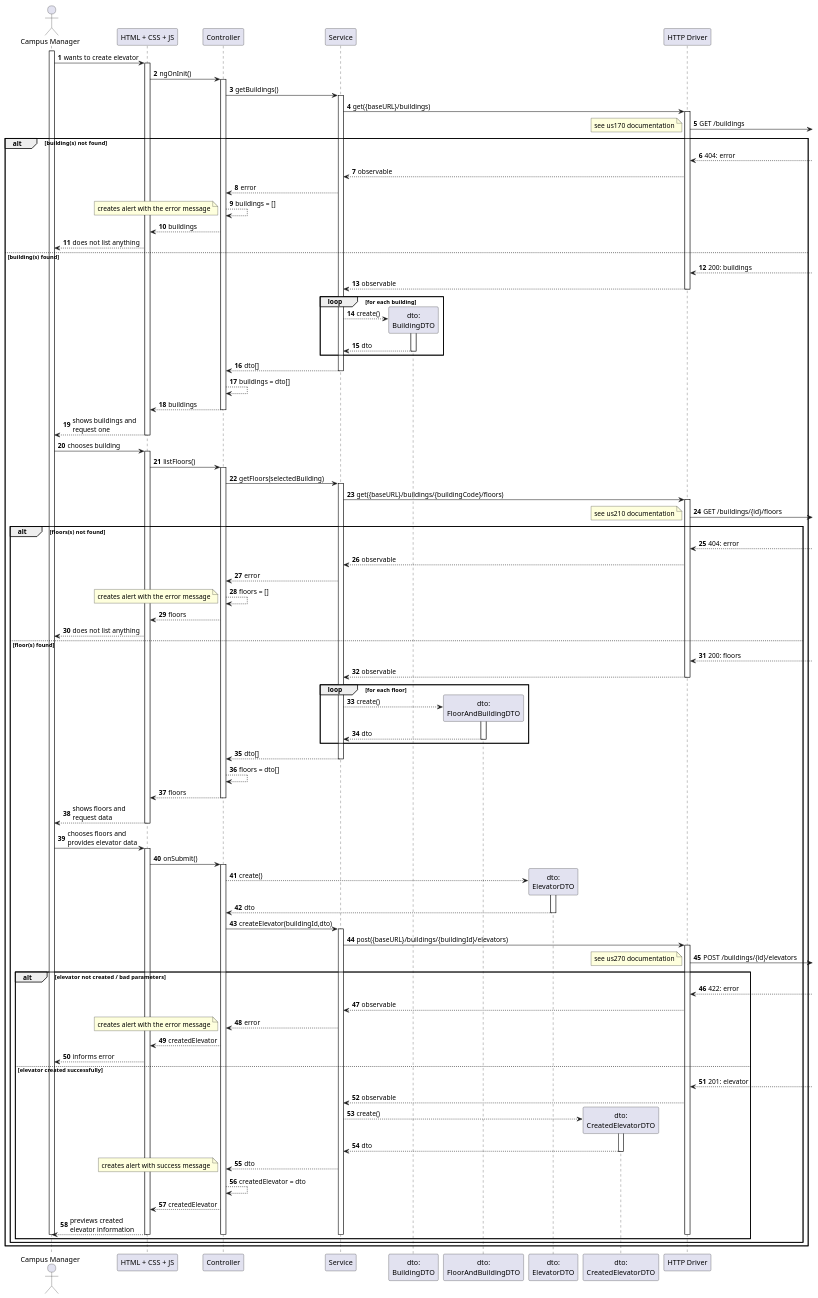
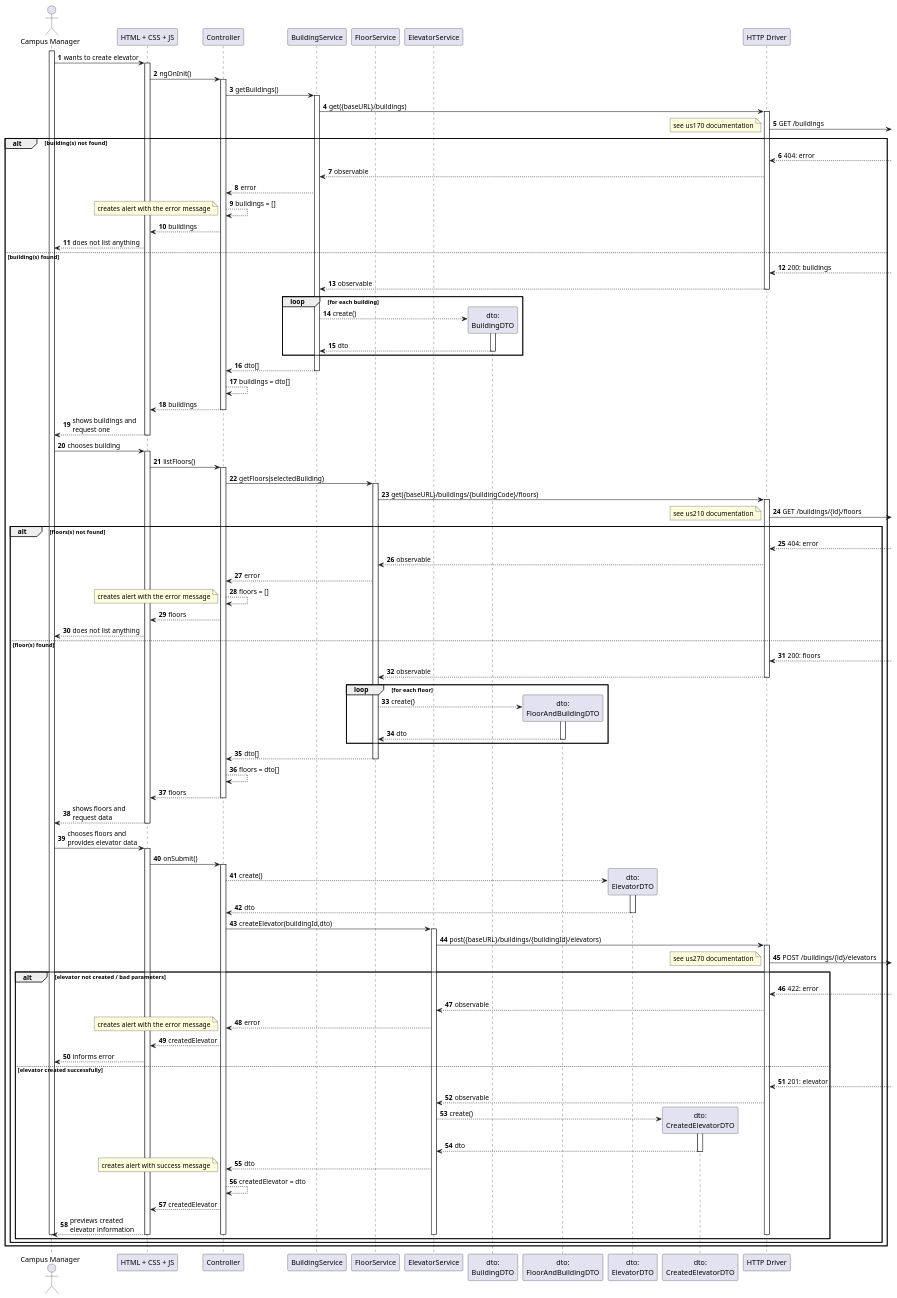
The diagram in docs/us1130/level3/process-view.puml (Departamento-de-Engenharia-Informatica/lapr5-23-24-g19), drawn with PlantUML before and after one commit. The commit also changed 9 other files, not shown here.

```diff
--- a/docs/us1130/level3/process-view.puml
+++ b/docs/us1130/level3/process-view.puml
@@ -1,157 +1,166 @@
 @startuml
 autonumber
 
 actor "Campus Manager" as usr
 
 participant "HTML + CSS + JS" as view
 participant "Controller" as ctrl
-participant "Service" as svc
+participant "BuildingService" as svcb
+participant "FloorService" as svcf
+participant "ElevatorService" as svce
 participant "dto:\nBuildingDTO" as dto
 participant "dto:\nFloorAndBuildingDTO" as dtofb
 participant "dto:\nElevatorDTO" as dtoee
 participant "dto:\nCreatedElevatorDTO" as dtoe
 
 
 
 participant "HTTP Driver" as http
 
 
 activate usr
 usr -> view : wants to create elevator
     activate view
         view -> ctrl : ngOnInit()
         activate ctrl
-            ctrl -> svc : getBuildings()
-            activate svc
-                svc -> http : get({baseURL}/buildings)
+            ctrl -> svcb : getBuildings()
+            activate svcb
+                svcb -> http : get({baseURL}/buildings)
                 activate http
                     http ->] : GET /buildings
         alt building(s) not found
 
                 note right : see us170 documentation
                  http <--]    : 404: error
-                http --> svc : observable
-                svc --> ctrl : error
+                http --> svcb : observable
+                svcb --> ctrl : error
                 ctrl --> ctrl : buildings = []
                 note bottom : creates alert with the error message
                 ctrl --> view : buildings
                 view --> usr : does not list anything
         else building(s) found
                 http <--]  : 200: buildings
 
-            http --> svc : observable
+            http --> svcb : observable
             deactivate http
 
             loop for each building
-                svc --> dto** : create()
+                svcb --> dto** : create()
                 activate dto
-                    dto --> svc : dto
+                    dto --> svcb : dto
                 deactivate dto
             end
 
-            svc --> ctrl : dto[]
-            deactivate svc
+            svcb --> ctrl : dto[]
+            deactivate svcb
 
             ctrl --> ctrl : buildings = dto[]
             ctrl --> view : buildings
             deactivate ctrl
+
+
+
 
             view --> usr : shows buildings and \nrequest one
         deactivate view
 
         usr -> view : chooses building
         activate view
             view -> ctrl : listFloors()
             activate ctrl
-                ctrl -> svc : getFloors(selectedBuilding)
-                activate svc
-                    svc -> http : get({baseURL}/buildings/{buildingCode}/floors)
+                ctrl -> svcf : getFloors(selectedBuilding)
+                activate svcf
+                    svcf -> http : get({baseURL}/buildings/{buildingCode}/floors)
                     activate http
                         http ->] : GET /buildings/{id}/floors
 
              alt floors(s) not found
 
                     note right : see us210 documentation
                     http <--]  : 404: error
-                    http --> svc : observable
-                    svc --> ctrl : error
+                    http --> svcf : observable
+                    svcf --> ctrl : error
                     ctrl --> ctrl : floors = []
                     note bottom : creates alert with the error message
                     ctrl --> view : floors
                     view --> usr : does not list anything
              else floor(s) found
                 http <--]  : 200: floors
 
-                    http --> svc : observable
+                    http --> svcf : observable
                     deactivate http
 
                     loop for each floor
-                        svc --> dtofb** : create()
+                        svcf --> dtofb** : create()
                         activate dtofb
-                            dtofb --> svc : dto
+                            dtofb --> svcf : dto
                         deactivate dtofb
                     end
 
-                    svc --> ctrl : dto[]
-                deactivate svc
+                    svcf --> ctrl : dto[]
+                deactivate svcf
 
                 ctrl --> ctrl : floors = dto[]
                 ctrl --> view : floors
             deactivate ctrl
+
+
+
+
             view --> usr : shows floors and \nrequest data
         deactivate view
 
         usr -> view : chooses floors and\nprovides elevator data
         activate view
             view -> ctrl : onSubmit()
             activate ctrl
                 ctrl --> dtoee** : create()
                 activate dtoee
                     dtoee --> ctrl : dto
                 deactivate dtoee
 
-                ctrl -> svc : createElevator(buildingId,dto)
-                activate svc
+                ctrl -> svce : createElevator(buildingId,dto)
+                activate svce
 
-                    svc -> http : post({baseURL}/buildings/{buildingId}/elevators)
+                    svce -> http : post({baseURL}/buildings/{buildingId}/elevators)
                     activate http
                         http ->] : POST /buildings/{id}/elevators
 
                 note right : see us270 documentation
                 alt elevator not created / bad parameters
                     http <--]  : 422: error
-                    http --> svc : observable
-                    svc --> ctrl : error
+                    http --> svce : observable
+                    svce --> ctrl : error
 
                 note bottom : creates alert with the error message
                     ctrl --> view : createdElevator
                     view --> usr : informs error
 
                 else elevator created successfully
 
                     http <--]  : 201: elevator
-                    http --> svc : observable
+                    http --> svce : observable
 
-                    svc --> dtoe** : create()
+                    svce --> dtoe** : create()
                     activate dtoe
-                        dtoe --> svc : dto
+                        dtoe --> svce : dto
                     deactivate dtoe
 
-                    svc --> ctrl : dto
+                    svce --> ctrl : dto
 
                     note bottom : creates alert with success message
                     ctrl --> ctrl : createdElevator = dto
                     ctrl --> view : createdElevator
                     view --> usr : previews created \nelevator information
 
 
                     deactivate http
-                    deactivate svc
+                    deactivate svce
                     deactivate ctrl
                     deactivate view
 
                     deactivate usr
                 end
             end
             end
 @enduml
```
